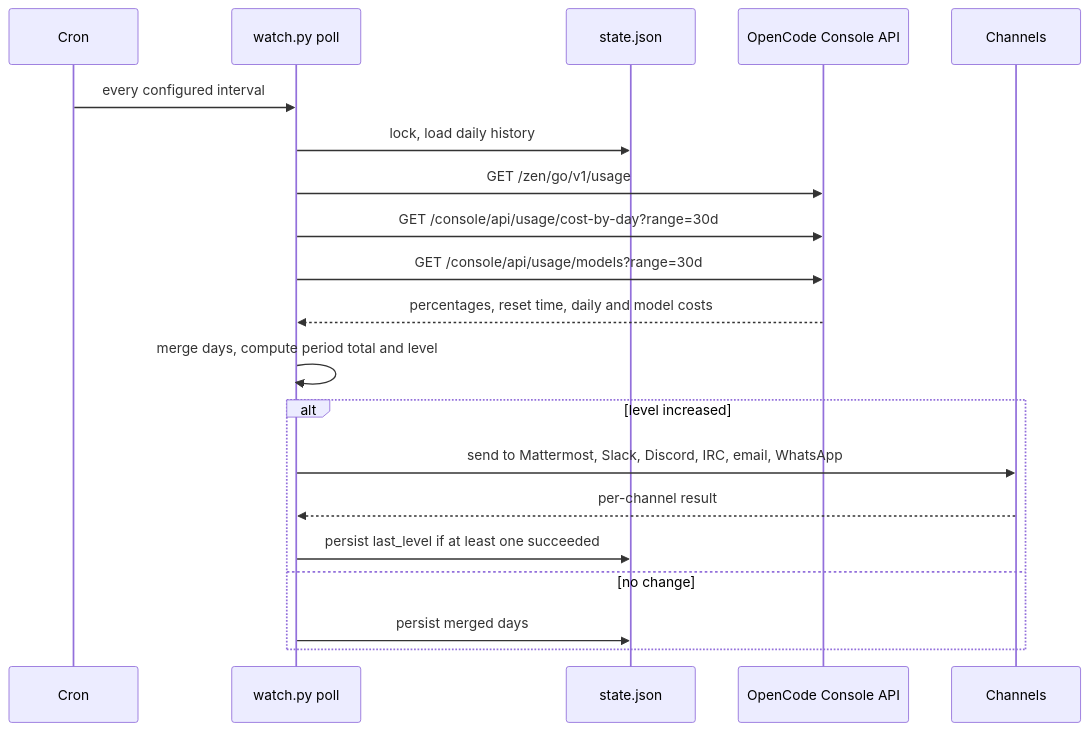
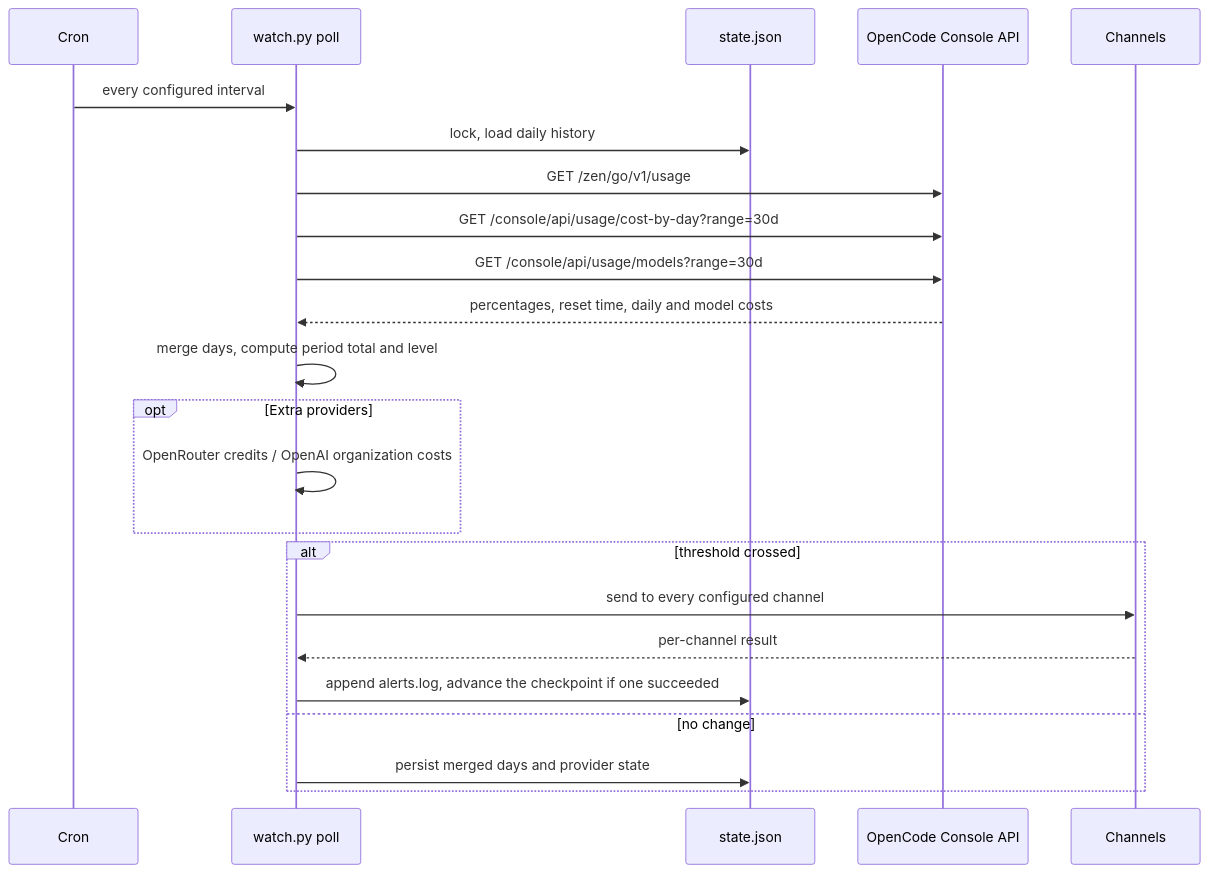
One commit to cusae/opencode-spend-watch changed the diagram in docs/architecture.md. Above: the diagram before and after it, drawn with Mermaid. The commit also changed other lines of this file and 20 other files, not shown here.

First line of the commit message:
Add percentage alerts, audit log, Telegram, desktop, and more providers

````diff
--- a/docs/architecture.md
+++ b/docs/architecture.md
@@ -27,23 +28,26 @@
 ```mermaid
 sequenceDiagram
     participant Cron
     participant Watch as watch.py poll
     participant State as state.json
     participant Console as OpenCode Console API
     participant Channels as Channels
 
     Cron->>Watch: every configured interval
     Watch->>State: lock, load daily history
     Watch->>Console: GET /zen/go/v1/usage
     Watch->>Console: GET /console/api/usage/cost-by-day?range=30d
     Watch->>Console: GET /console/api/usage/models?range=30d
     Console-->>Watch: percentages, reset time, daily and model costs
     Watch->>Watch: merge days, compute period total and level
-    alt level increased
-        Watch->>Channels: send to Mattermost, Slack, Discord, IRC, email, WhatsApp
+    opt Extra providers
+        Watch->>Watch: OpenRouter credits / OpenAI organization costs
+    end
+    alt threshold crossed
+        Watch->>Channels: send to every configured channel
         Channels-->>Watch: per-channel result
-        Watch->>State: persist last_level if at least one succeeded
+        Watch->>State: append alerts.log, advance the checkpoint if one succeeded
     else no change
-        Watch->>State: persist merged days
+        Watch->>State: persist merged days and provider state
     end
 ```
````
